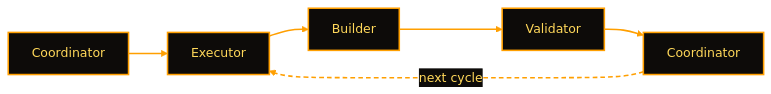
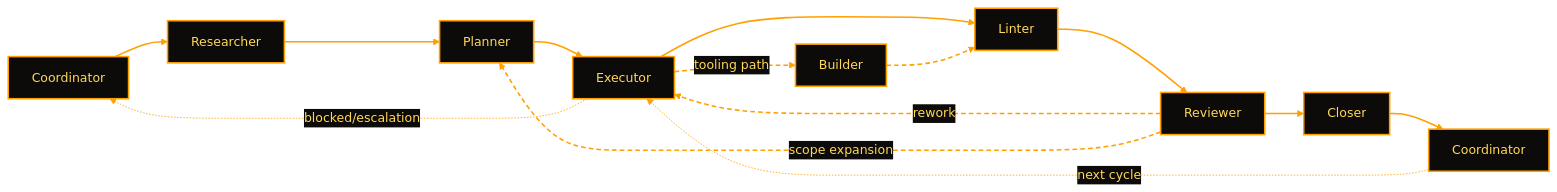
The second of 2 diagrams in 00_Admin/guides/architecture/guide_design_and_philosophy.md (servatusprime/ai_ops), drawn with Mermaid before and after one commit. The commit also changed other lines of this file and 82 other files, not shown here.

````diff
--- a/00_Admin/guides/architecture/guide_design_and_philosophy.md
+++ b/00_Admin/guides/architecture/guide_design_and_philosophy.md
@@ -299,36 +300,44 @@
 ```mermaid
 %%{init: {
   "theme": "base",
   "themeVariables": {
     "darkMode": true,
     "background": "#111111",
     "primaryColor": "#0d0b09",
     "primaryTextColor": "#FFD85A",
     "primaryBorderColor": "#FF9F00",
     "lineColor": "#FF9F00",
     "textColor": "#FFD85A",
     "mainBkg": "#0d0b09",
     "clusterBkg": "#12110f",
     "clusterBorder": "#8A4F00",
     "titleColor": "#FFE680",
     "edgeLabelBackground": "#0d0b09"
   },
   "themeCSS": ".edgeLabel rect, .labelBkg { fill: #0d0b09 !important; } .edgeLabel text, .edgeLabel span { fill: #FFD85A !important; color: #FFD85A !important; }"
 }}%%
 
 flowchart LR
   CO[Coordinator]
+  RS[Researcher]
+  PL[Planner]
   EX[Executor]
   BL[Builder]
-  VA[Validator]
+  LI[Linter]
+  RV[Reviewer]
+  CL[Closer]
   CO2[Coordinator]
 
-  CO --> EX --> BL --> VA --> CO2
+  CO --> RS --> PL --> EX --> LI --> RV --> CL --> CO2
+  EX -. tooling path .-> BL --> LI
+  RV -. rework .-> EX
+  RV -. scope expansion .-> PL
+  EX -. blocked/escalation .-> CO
   CO2 -. next cycle .-> EX
 
   classDef node fill:#0d0b09,stroke:#FF9F00,color:#FFD85A,stroke-width:2px
-  class CO,EX,BL,VA,CO2 node
+  class CO,RS,PL,EX,BL,LI,RV,CL,CO2 node
 
-  linkStyle 0,1,2,3 stroke:#FF9F00,stroke-width:2px
-  linkStyle 4 stroke:#FF9F00,stroke-width:2px,stroke-dasharray:6 4
+  linkStyle 0,1,2,3,4,5,6 stroke:#FF9F00,stroke-width:2px
+  linkStyle 7,8,9,10 stroke:#FF9F00,stroke-width:2px,stroke-dasharray:6 4
 ```
````
